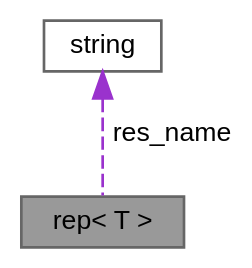
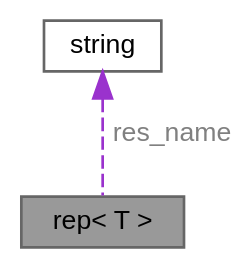
Before and after one commit to XmacsLabs/lolly: the diagram in structrep__coll__graph.dot, drawn with Graphviz. The commit also changed 1313 other files, not shown here.

```diff
--- a/structrep__coll__graph.dot
+++ b/structrep__coll__graph.dot
@@ -1,10 +1,10 @@
 digraph "rep&lt; T &gt;"
 {
  // LATEX_PDF_SIZE
   bgcolor="transparent";
   edge [fontname=Helvetica,fontsize=10,labelfontname=Helvetica,labelfontsize=10];
   node [fontname=Helvetica,fontsize=10,shape=box,height=0.2,width=0.4];
-  Node1 [label="rep\< T \>",height=0.2,width=0.4,color="gray40", fillcolor="grey60", style="filled", fontcolor="black",tooltip=" "];
-  Node2 -> Node1 [dir="back",color="darkorchid3",style="dashed",label=" res_name" ];
-  Node2 [label="string",height=0.2,width=0.4,color="gray40", fillcolor="white", style="filled",URL="$classstring.html",tooltip=" "];
+  Node1 [id="Node000001",label="rep\< T \>",height=0.2,width=0.4,color="gray40", fillcolor="grey60", style="filled", fontcolor="black",tooltip=" "];
+  Node2 -> Node1 [id="edge1_Node000001_Node000002",dir="back",color="darkorchid3",style="dashed",tooltip=" ",label=" res_name",fontcolor="grey" ];
+  Node2 [id="Node000002",label="string",height=0.2,width=0.4,color="gray40", fillcolor="white", style="filled",URL="$classstring.html",tooltip=" "];
 }
```
